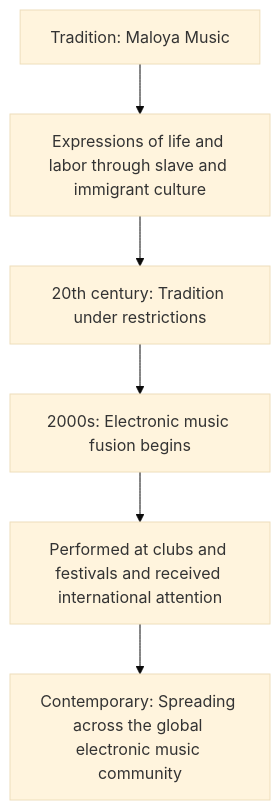
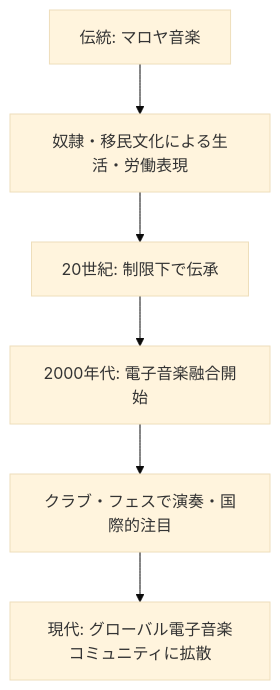
One commit to monumental-movement/monumental-movement.github.io changed the fifth of 6 diagrams in en/_posts/2025-10-04-Column-Nyege-Nyege.md. Above: the diagram before and after it, drawn with Mermaid (base theme). The commit also changed other lines of this file and 1724 other files, not shown here.

```diff
--- a/en/_posts/2025-10-04-Column-Nyege-Nyege.md
+++ b/en/_posts/2025-10-04-Column-Nyege-Nyege.md
@@ -249,10 +250,10 @@
 <div class="mermaid">
 
 flowchart TD
-A["Tradition: Maloya Music"] --> B["Expressions of life and labor through slave and immigrant culture"]
-B --> C["20th century: Tradition under restrictions"]
-C --> D["2000s: Electronic music fusion begins"]
-D --> E["Performed at clubs and festivals and received international attention"]
-E --> F["Contemporary: Spreading across the global electronic music community"]
+    A["伝統: マロヤ音楽"] --> B["奴隷・移民文化による生活・労働表現"]
+    B --> C["20世紀: 制限下で伝承"]
+    C --> D["2000年代: 電子音楽融合開始"]
+    D --> E["クラブ・フェスで演奏・国際的注目"]
+    E --> F["現代: グローバル電子音楽コミュニティに拡散"]
 
 </div>
```
